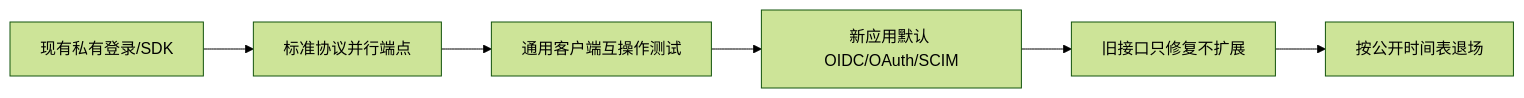
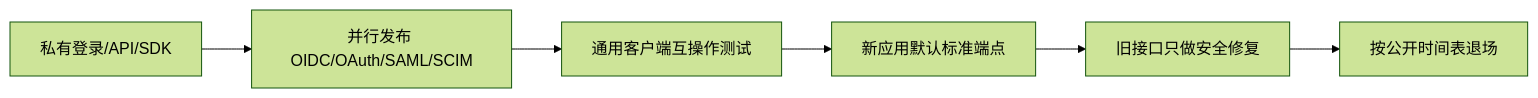
Before and after one commit to authn-cn/authn-cn.github.io: the diagram in docs/cn-sso/comparison.md, drawn with Mermaid (forest theme). The commit also changed other lines of this file and 23 other files, not shown here.

````diff
--- a/docs/cn-sso/comparison.md
+++ b/docs/cn-sso/comparison.md
@@ -79,8 +81,8 @@
 ```mermaid
 flowchart LR
-    A["现有私有登录/SDK"] --> B["标准协议并行端点"]
+    A["私有登录/API/SDK"] --> B["并行发布 OIDC/OAuth/SAML/SCIM"]
     B --> C["通用客户端互操作测试"]
-    C --> D["新应用默认 OIDC/OAuth/SCIM"]
-    D --> E["旧接口只修复不扩展"]
+    C --> D["新应用默认标准端点"]
+    D --> E["旧接口只做安全修复"]
     E --> F["按公开时间表退场"]
 ```
````
